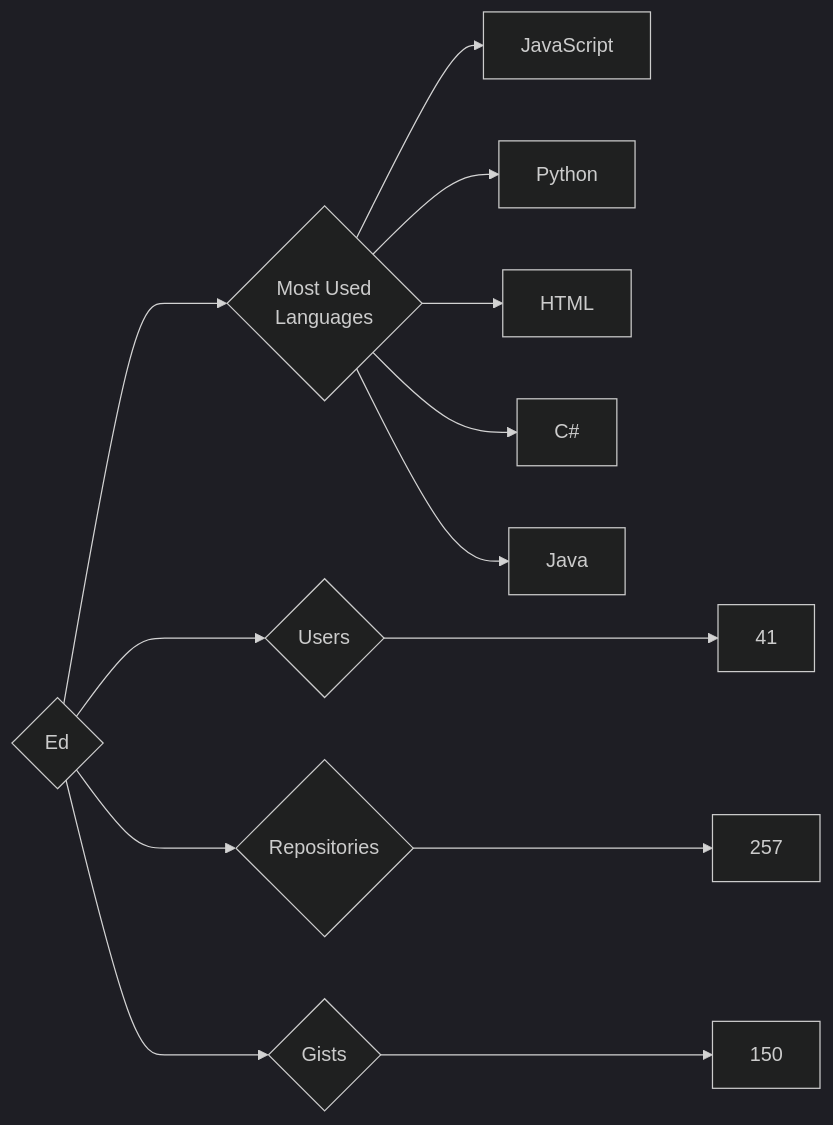
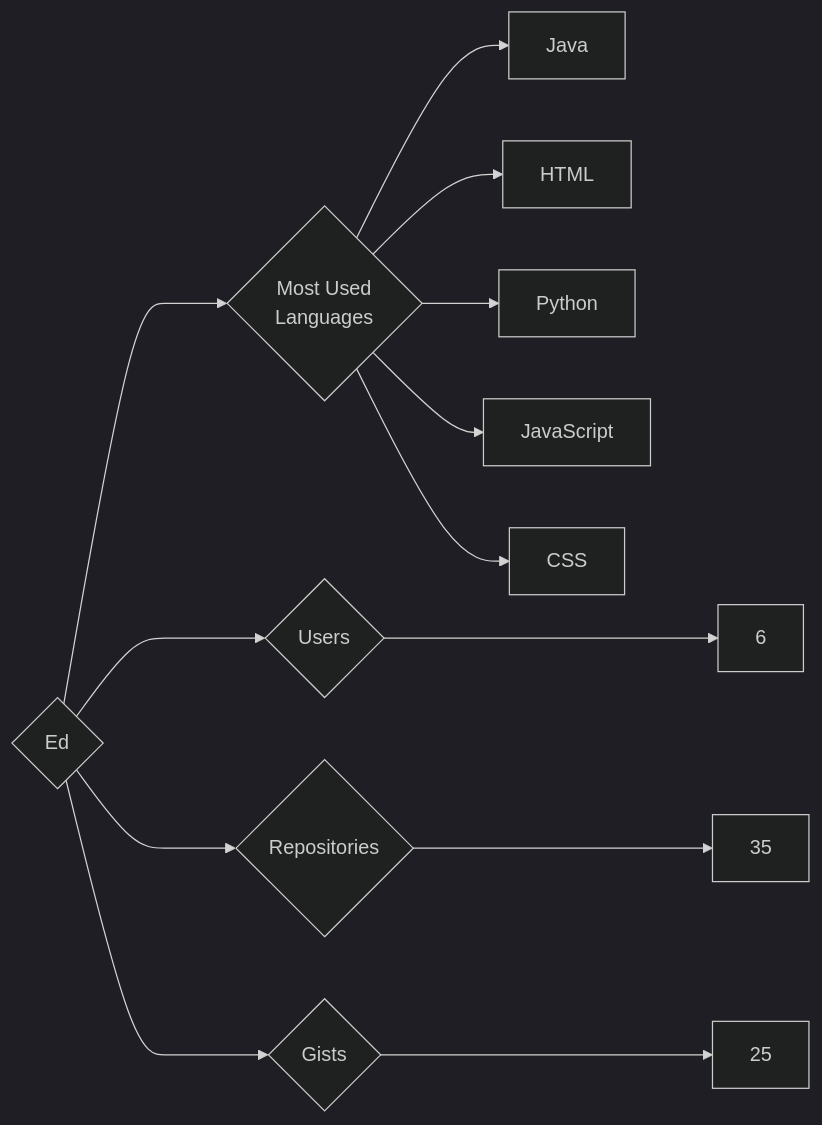
Before and after one commit to trickest/insiders: the diagram in targets/Ed/README.md, drawn with Mermaid (dark theme). The commit also changed 870 other files, not shown here.

````diff
--- a/targets/Ed/README.md
+++ b/targets/Ed/README.md
@@ -3,13 +3,13 @@
 ```mermaid
 graph LR
 COMPANY_NAME{Ed}
-COMPANY_NAME ---> U{Users} ---> UN[41]
-COMPANY_NAME ---> R{Repositories} ---> RN[257]
-COMPANY_NAME ---> G{Gists} ---> GN[150]
+COMPANY_NAME ---> U{Users} ---> UN[6]
+COMPANY_NAME ---> R{Repositories} ---> RN[35]
+COMPANY_NAME ---> G{Gists} ---> GN[25]
 COMPANY_NAME ---> ML{Most Used<br>Languages}
+ML --> Java[Java]
+ML --> HTML[HTML]
+ML --> Python[Python]
 ML --> JavaScript[JavaScript]
-ML --> Python[Python]
-ML --> HTML[HTML]
-ML --> C#[C#]
-ML --> Java[Java]
+ML --> CSS[CSS]
 ```
````
